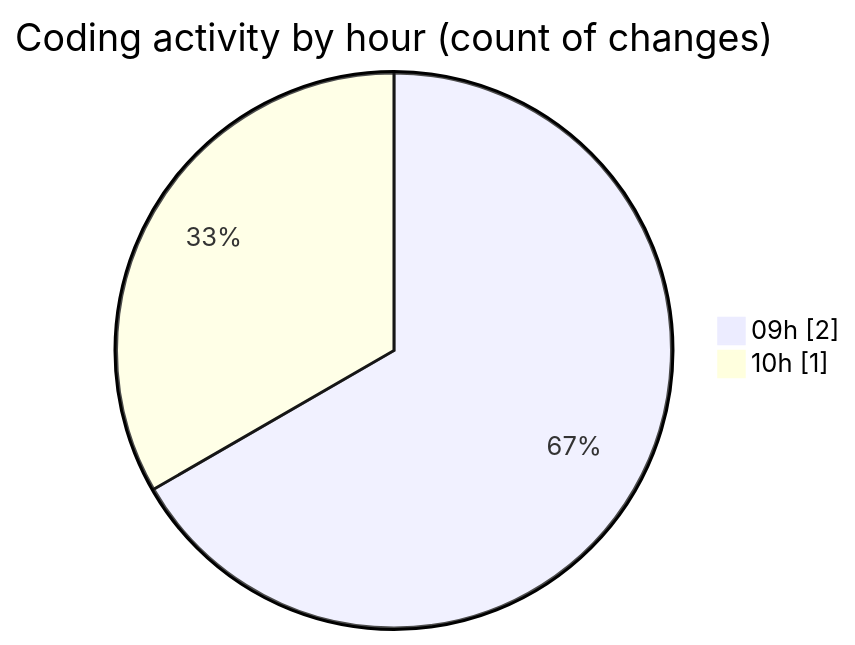
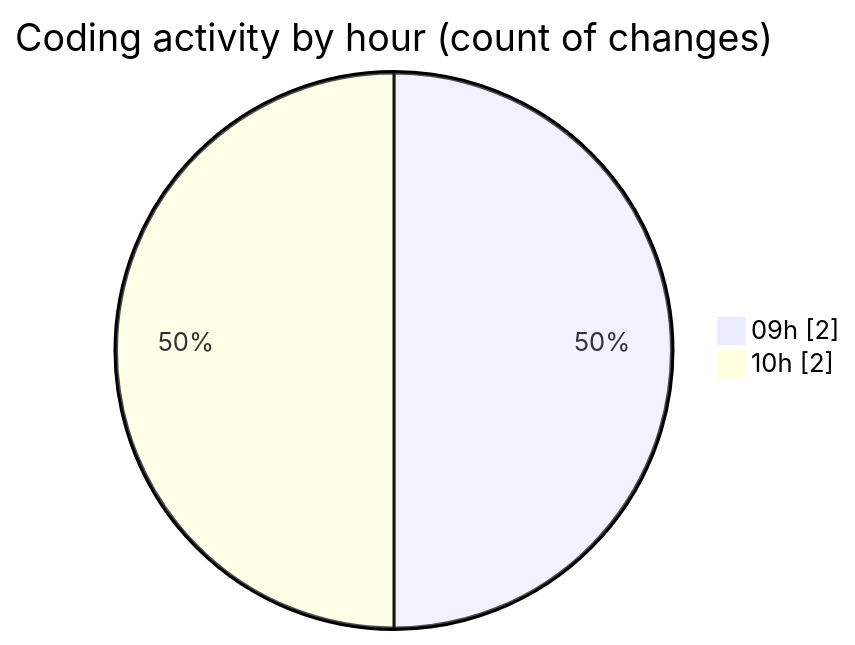
Before and after one commit to MatusMokan/code-tracking: the second of 2 diagrams in 2025-04-11/myws__workspace_/README.md, drawn with Mermaid. The commit also changed other lines of this file and 1 other file, not shown here.

````diff
--- a/2025-04-11/myws__workspace_/README.md
+++ b/2025-04-11/myws__workspace_/README.md
@@ -30,6 +30,6 @@
 ```mermaid
 pie showData
 title Coding activity by hour (count of changes)
 "09h" : 2
-"10h" : 1
+"10h" : 2
 ```
````
